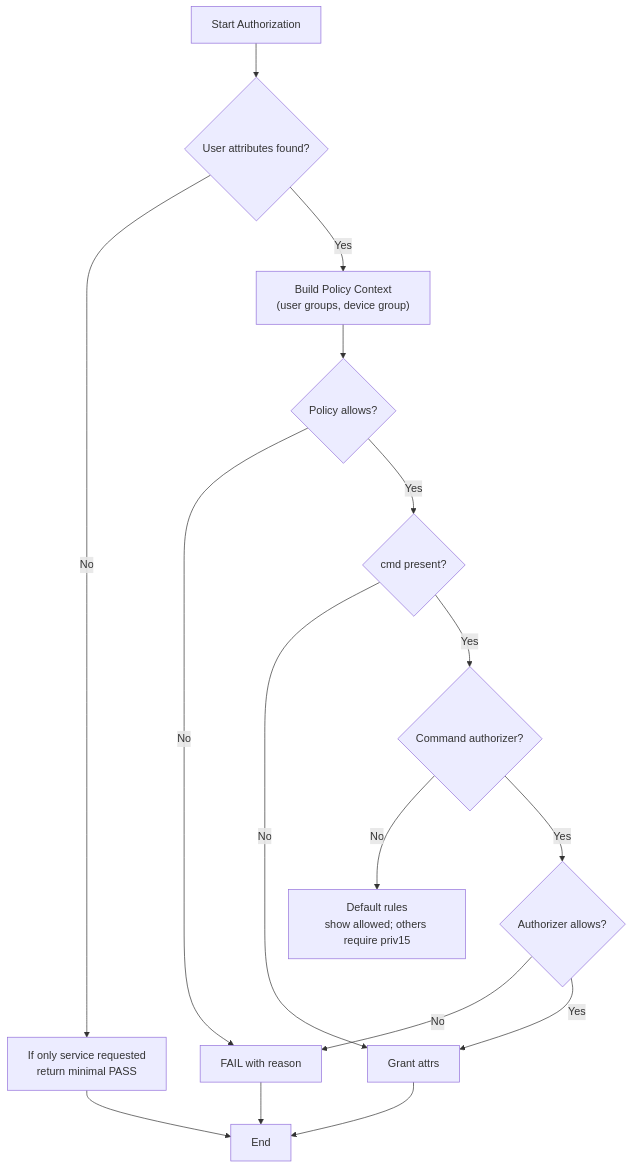
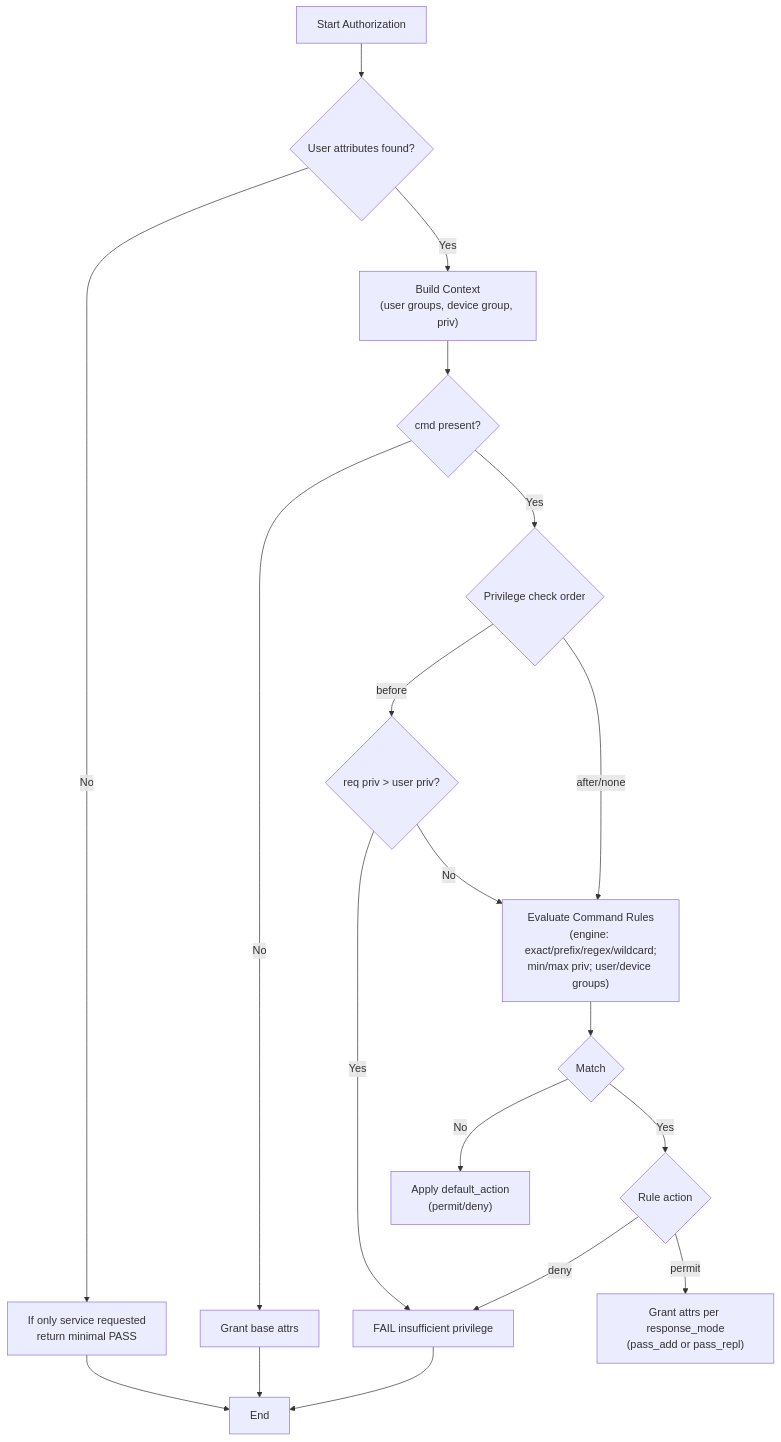
Before and after one commit to SaschaSchwarzK/tacacs_server: the third of 3 diagrams in docs/ARCHITECTURE.md, drawn with Mermaid. The commit also changed other lines of this file and 149 other files, not shown here.

````diff
--- a/docs/ARCHITECTURE.md
+++ b/docs/ARCHITECTURE.md
@@ -51,17 +61,20 @@
 ```mermaid
 flowchart TD
   A[Start Authorization] --> B{User attributes found?}
   B -- No --> C[If only service requested\nreturn minimal PASS] --> G[End]
-  B -- Yes --> D["Build Policy Context\n(user groups, device group)"]
-  D --> E{Policy allows?}
-  E -- No --> F[FAIL with reason]
-  E -- Yes --> H{cmd present?}
-  H -- No --> I[Grant attrs]
-  H -- Yes --> J{Command authorizer?}
-  J -- No --> K[Default rules\nshow allowed; others require priv15]
-  J -- Yes --> L{Authorizer allows?}
-  L -- No --> F
-  L -- Yes --> I
+  B -- Yes --> D["Build Context\n(user groups, device group, priv)"]
+  D --> E{cmd present?}
+  E -- No --> I[Grant base attrs]
+  E -- Yes --> O{Privilege check order}
+  O -- before --> P{req priv > user priv?}
+  P -- Yes --> F[FAIL insufficient privilege]
+  P -- No --> Q
+  O -- after/none --> Q
+  Q["Evaluate Command Rules\n(engine: exact/prefix/regex/wildcard;\nmin/max priv; user/device groups)"] --> R{Match}
+  R -- No --> S["Apply default_action\n(permit/deny)"]
+  R -- Yes --> T{Rule action}
+  T -- deny --> F
+  T -- permit --> U["Grant attrs per response_mode\n(pass_add or pass_repl)"]
   I --> G
   F --> G
 ```
````
